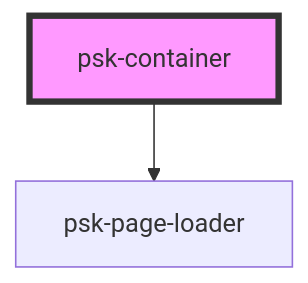
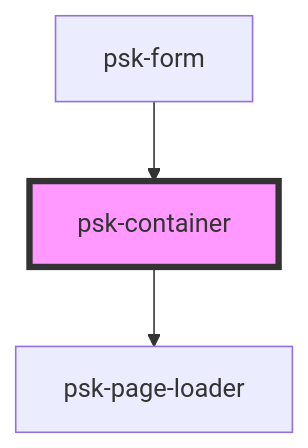
One commit to daniel-visoiu/cardinal changed the diagram in src/components/psk-container/readme.md. Above: the diagram before and after it, drawn with Mermaid. The commit also changed other lines of this file and 20 other files, not shown here.

````diff
--- a/src/components/psk-container/readme.md
+++ b/src/components/psk-container/readme.md
@@ -23,5 +27,6 @@
 ```mermaid
 graph TD;
   psk-container --> psk-page-loader
+  psk-form --> psk-container
   style psk-container fill:#f9f,stroke:#333,stroke-width:4px
 ```
````
